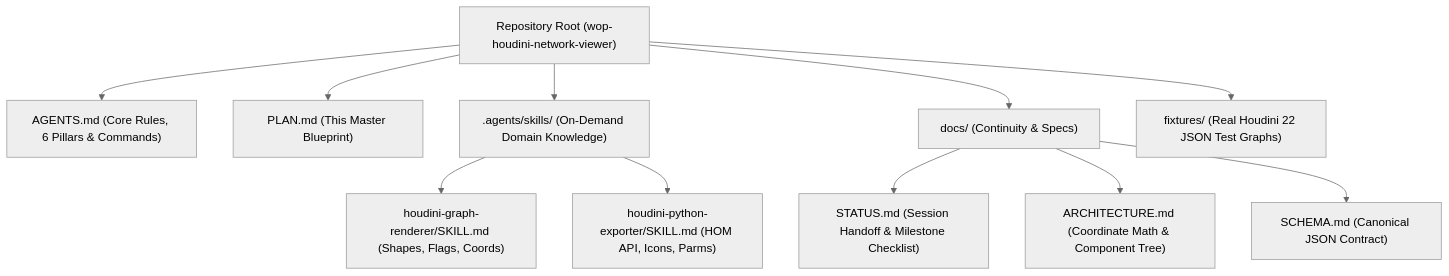
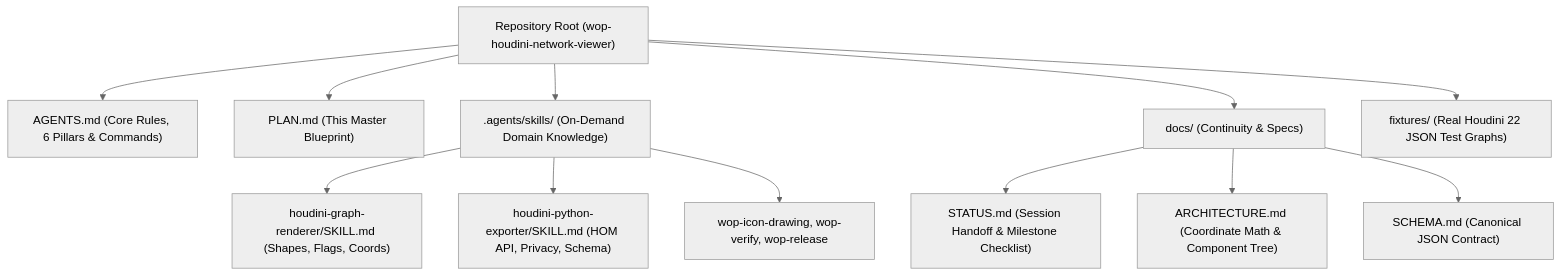
One commit to emil-judin/nop-houdini-network-viewer changed the diagram in PLAN.md. Above: the diagram before and after it, drawn with Mermaid (neutral theme). The commit also changed other lines of this file and 177 other files, not shown here.

````diff
--- a/PLAN.md
+++ b/PLAN.md
@@ -61,16 +41,17 @@
 ```mermaid
 flowchart TD
     Root["Repository Root (wop-houdini-network-viewer)"]
     Root --> AgentsMD["AGENTS.md (Core Rules, 6 Pillars & Commands)"]
     Root --> PlanMD["PLAN.md (This Master Blueprint)"]
     Root --> AgentSkills[".agents/skills/ (On-Demand Domain Knowledge)"]
     Root --> Docs["docs/ (Continuity & Specs)"]
     Root --> Fixtures["fixtures/ (Real Houdini 22 JSON Test Graphs)"]
     
     AgentSkills --> S1["houdini-graph-renderer/SKILL.md (Shapes, Flags, Coords)"]
-    AgentSkills --> S2["houdini-python-exporter/SKILL.md (HOM API, Icons, Parms)"]
+    AgentSkills --> S2["houdini-python-exporter/SKILL.md (HOM API, Privacy, Schema)"]
+    AgentSkills --> S3["wop-icon-drawing, wop-verify, wop-release"]
     
     Docs --> Status["STATUS.md (Session Handoff & Milestone Checklist)"]
     Docs --> Arch["ARCHITECTURE.md (Coordinate Math & Component Tree)"]
     Docs --> SchemaDoc["SCHEMA.md (Canonical JSON Contract)"]
 ```
````
